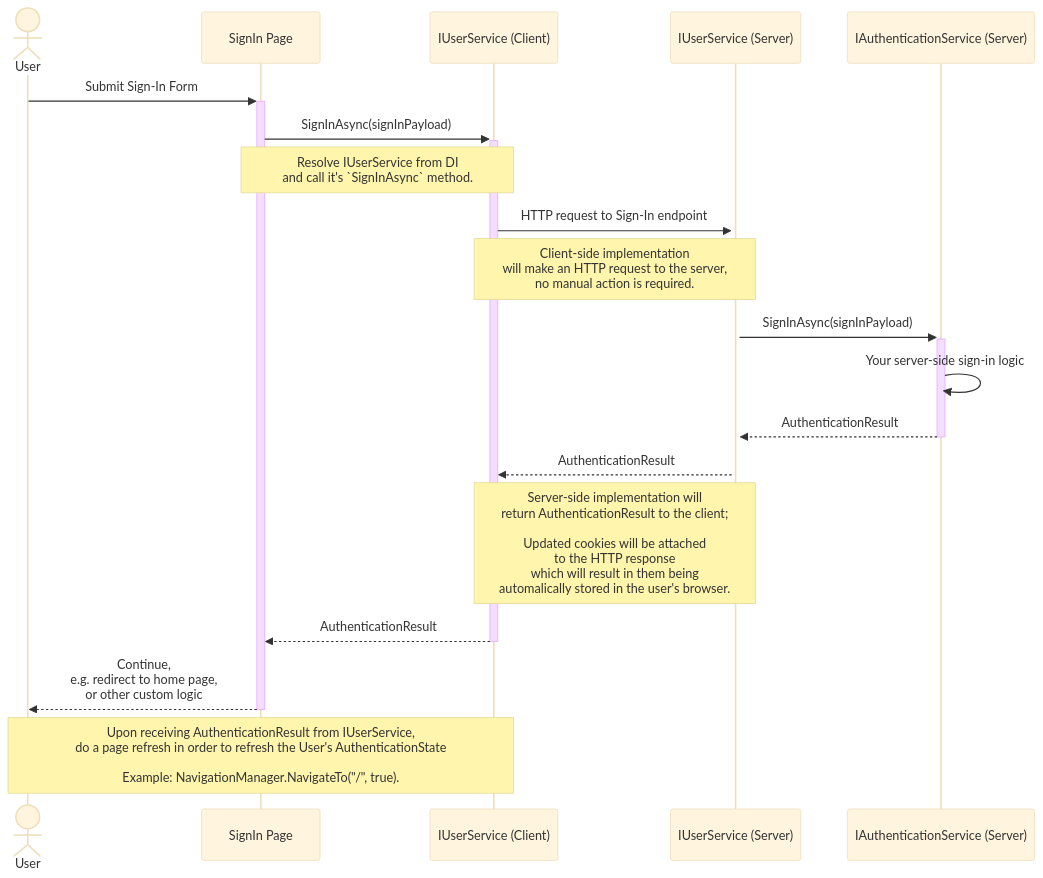
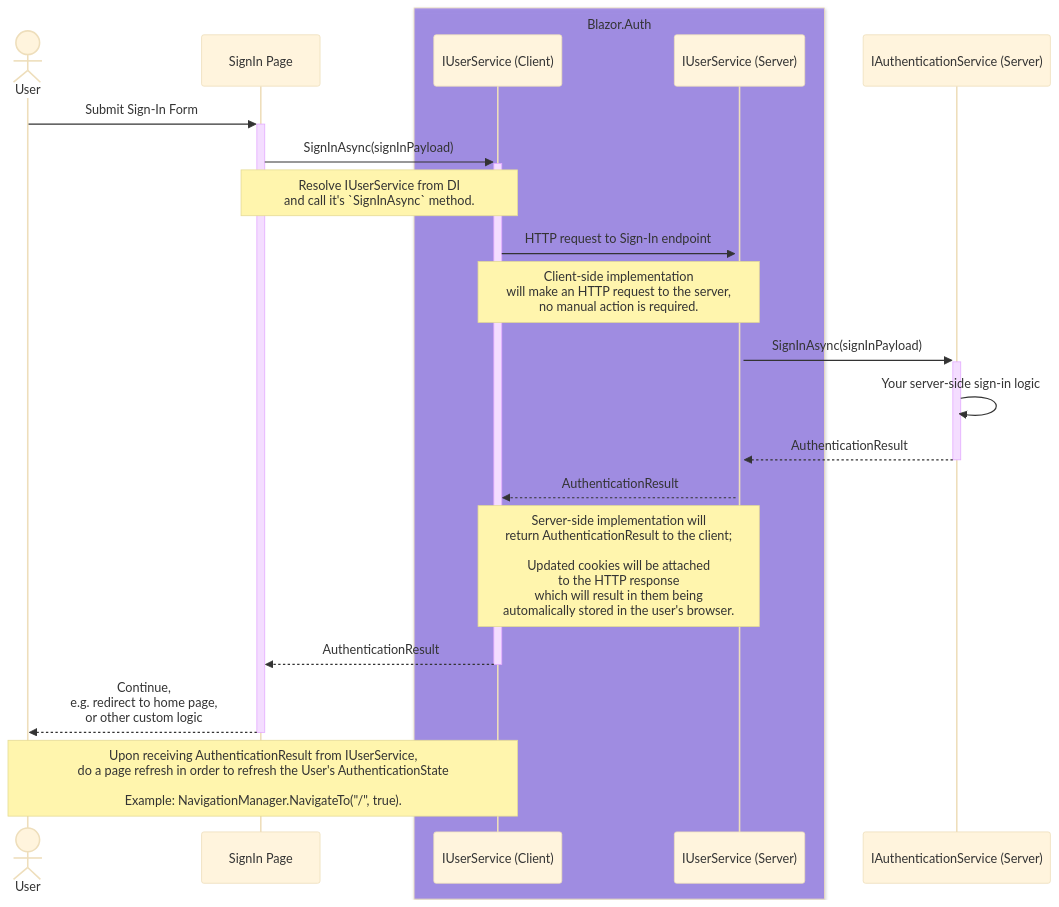
One commit to BitzArt/Blazor.Auth changed the first of 3 diagrams in docs/src/04.use-cases/02.interactive-webassembly.md. Above: the diagram before and after it, drawn with Mermaid (base theme). The commit also changed other lines of this file and 1 other file, not shown here.

Commit message:
Fix use-cases diagrams layout

````diff
--- a/docs/src/04.use-cases/02.interactive-webassembly.md
+++ b/docs/src/04.use-cases/02.interactive-webassembly.md
@@ -9,27 +9,31 @@
 ```mermaid
 sequenceDiagram
 
 actor user as User
 participant page as SignIn Page
+
+box rgba(101, 63, 232, 0.5) Blazor.Auth
 participant userServiceClient as IUserService (Client)
 participant userServiceServer as IUserService (Server)
+end
+
 participant authService as IAuthenticationService (Server)
 
 user ->>+ page: Submit Sign-In Form
 page ->>+ userServiceClient: SignInAsync(signInPayload)
 note over page,userServiceClient: Resolve IUserService from DI<br/> and call it's `SignInAsync` method.
 userServiceClient ->>+ userServiceServer: HTTP request to Sign-In endpoint
 note over userServiceClient,userServiceServer: Client-side implementation <br/> will make an HTTP request to the server, <br/> no manual action is required.
 
 userServiceServer ->>+ authService: SignInAsync(signInPayload)
 authService ->> authService: Your server-side sign-in logic
 
 authService -->>- userServiceServer: AuthenticationResult
 userServiceServer -->> userServiceClient: AuthenticationResult
 note over userServiceServer,userServiceClient: Server-side implementation will <br/> return AuthenticationResult to the client#59; <br/><br/> Updated cookies will be attached <br/> to the HTTP response <br/> which will result in them being <br/> automalically stored in the user's browser.
 
 userServiceClient -->>- page: AuthenticationResult
 page -->>- user: Continue, <br/> e.g. redirect to home page, <br/> or other custom logic
 
 note over user,userServiceClient: Upon receiving AuthenticationResult from IUserService, <br/> do a page refresh in order to refresh the User's AuthenticationState<br/><br/> Example: NavigationManager.NavigateTo("/", true).
 ```
````
